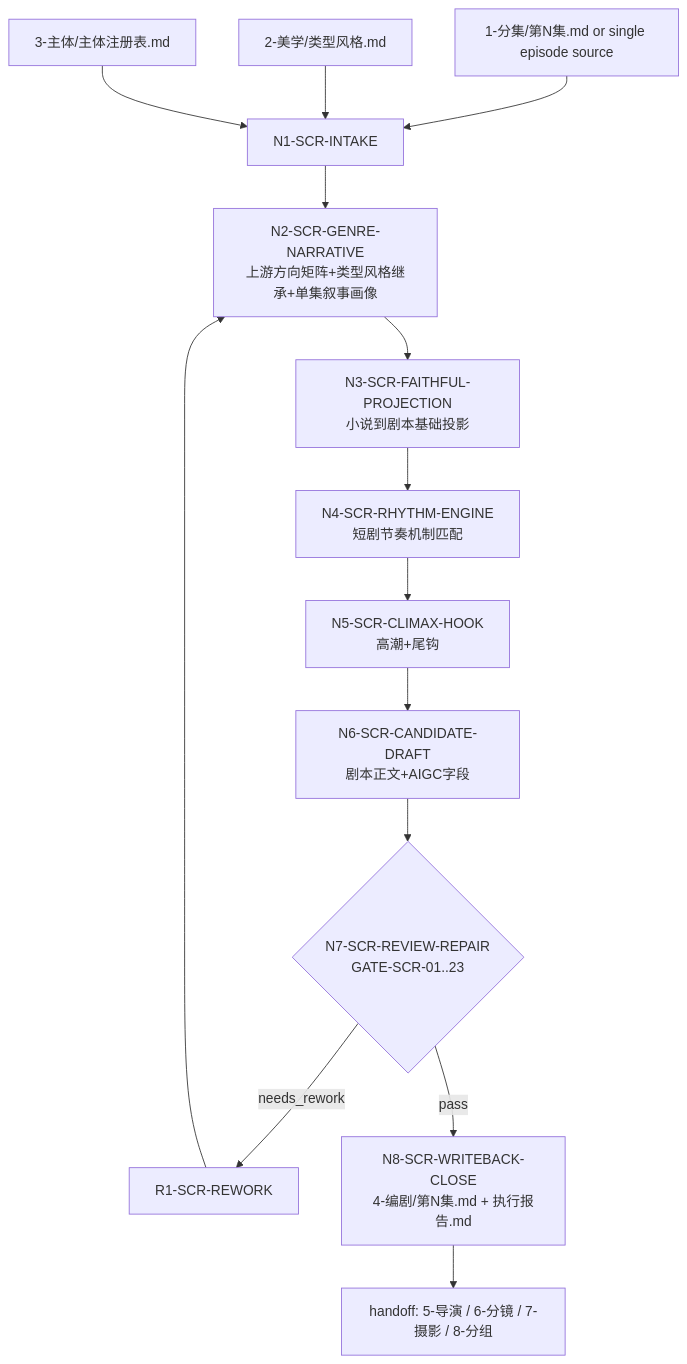
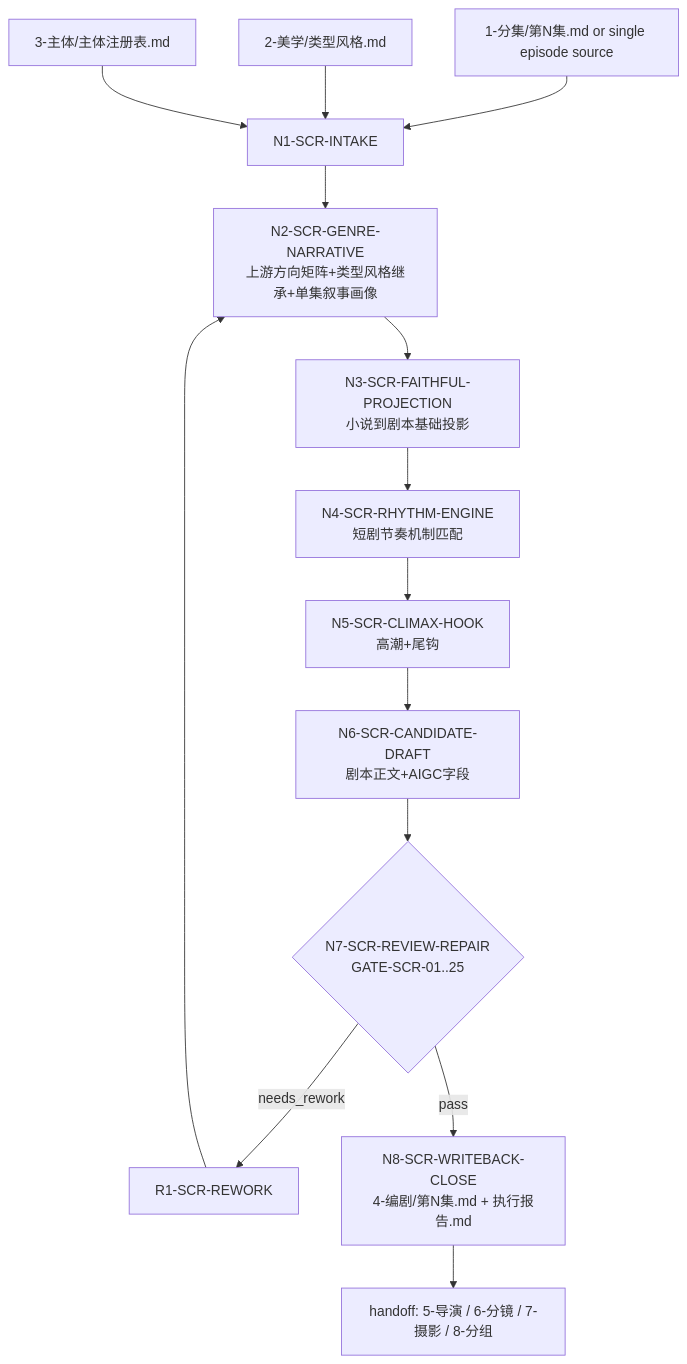
The diagram in .agents/skills/aigc/4-编剧/SKILL.md (ZEN-VOID/AI-CUT), drawn with Mermaid before and after one commit. The commit also changed other lines of this file and 83 other files, not shown here.

````diff
--- a/.agents/skills/aigc/4-编剧/SKILL.md
+++ b/.agents/skills/aigc/4-编剧/SKILL.md
@@ -265,16 +352,16 @@
 ```mermaid
 flowchart TD
     A["1-分集/第N集.md or single episode source"] --> B["N1-SCR-INTAKE"]
     T["2-美学/类型风格.md"] --> B
     S["3-主体/主体注册表.md"] --> B
     B --> C["N2-SCR-GENRE-NARRATIVE\n上游方向矩阵+类型风格继承+单集叙事画像"]
     C --> D["N3-SCR-FAITHFUL-PROJECTION\n小说到剧本基础投影"]
     D --> E["N4-SCR-RHYTHM-ENGINE\n短剧节奏机制匹配"]
     E --> F["N5-SCR-CLIMAX-HOOK\n高潮+尾钩"]
     F --> G["N6-SCR-CANDIDATE-DRAFT\n剧本正文+AIGC字段"]
-    G --> H{"N7-SCR-REVIEW-REPAIR\nGATE-SCR-01..23"}
+    G --> H{"N7-SCR-REVIEW-REPAIR\nGATE-SCR-01..25"}
     H -->|"needs_rework"| R["R1-SCR-REWORK"]
     R --> C
     H -->|"pass"| I["N8-SCR-WRITEBACK-CLOSE\n4-编剧/第N集.md + 执行报告.md"]
     I --> J["handoff: 5-导演 / 6-分镜 / 7-摄影 / 8-分组"]
 ```
````
